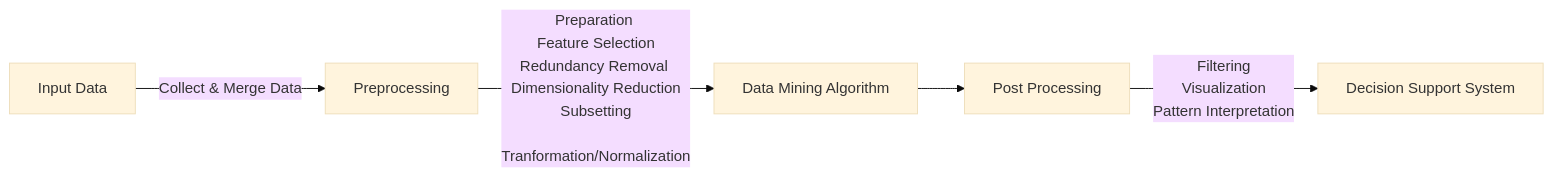
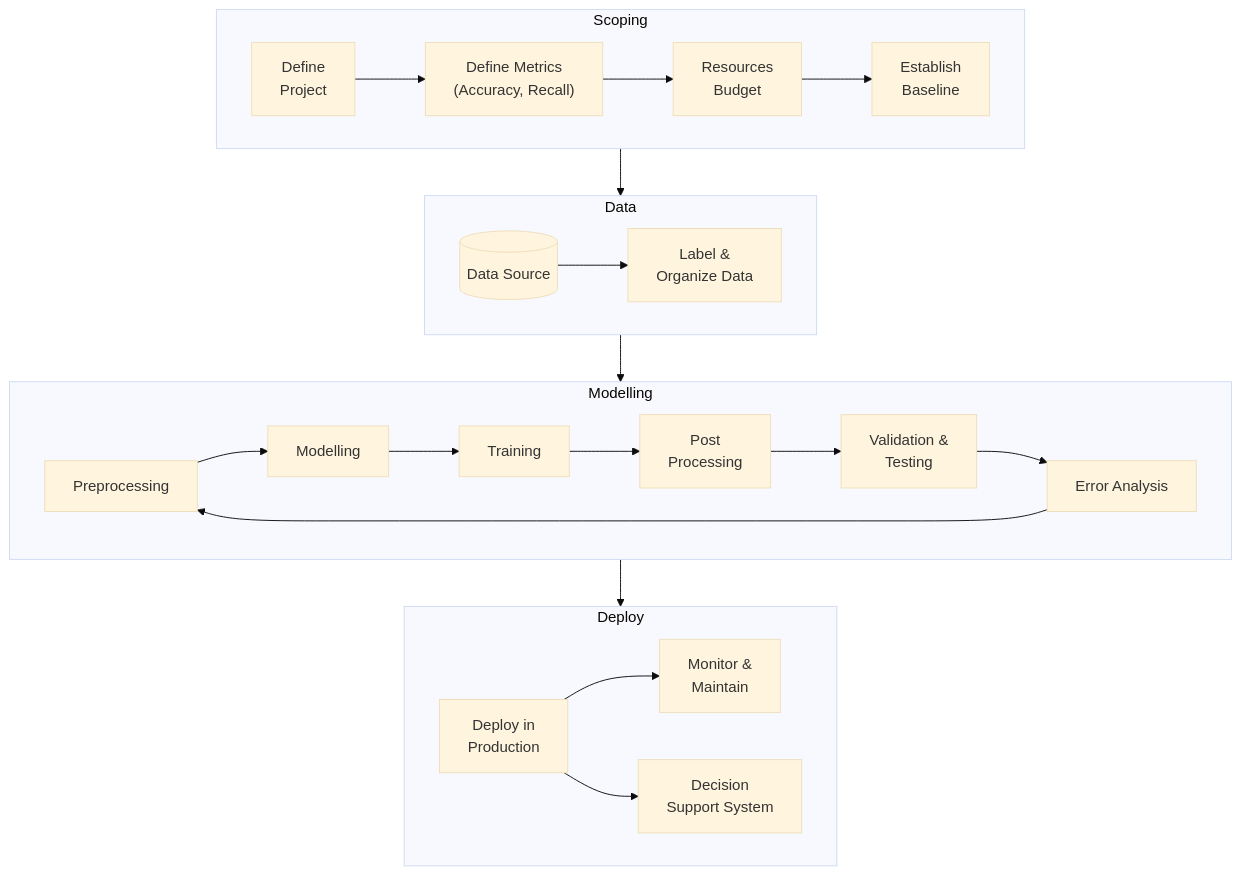
One commit to uni-notes/uni-notes changed the diagram in docs/CS_Electives/Data_Mining/01_Intro.md. Above: the diagram before and after it, drawn with Mermaid (base theme). The commit also changed other lines of this file and 410 other files, not shown here.

````diff
--- a/docs/CS_Electives/Data_Mining/01_Intro.md
+++ b/docs/CS_Electives/Data_Mining/01_Intro.md
@@ -19,9 +16,32 @@
 ```mermaid
-flowchart LR
+flowchart TB
 
-id[Input Data] -->
-|Collect & Merge Data| Preprocessing -->
-|Preparation <br /> Feature Selection <br />Redundancy Removal <br /> Dimensionality Reduction <br /> Subsetting <br /> Tranformation/Normalization| dma[Data Mining Algorithm] -->
-pp[Post Processing] -->
-|Filtering <br /> Visualization <br /> Pattern Interpretation| dss[Decision Support System]
+subgraph Scoping
+	dp[Define<br/>Project] -->
+	me["Define Metrics<br/>(Accuracy, Recall)"] -->
+	re[Resources<br/>Budget] -->
+    ba["Establish<br />Baseline"]
+end
+
+subgraph Data
+	d[(Data Source)] -->
+	l[Label &<br />Organize Data]
+end
+
+subgraph Modelling
+  pre[Preprocessing] -->
+	s[Modelling] -->
+	train[Training] -->
+  pp[Post<br />Processing] -->
+	vt[Validation &<br />Testing] -->
+	e[Error Analysis] -->
+	pre
+end
+
+subgraph Deploy
+	dep[Deploy in<br />Production] -->
+	m[Monitor &<br />Maintain] & dss[Decision<br />Support System]
+end
+
+Scoping --> Data --> Modelling --> Deploy
 ```
````
